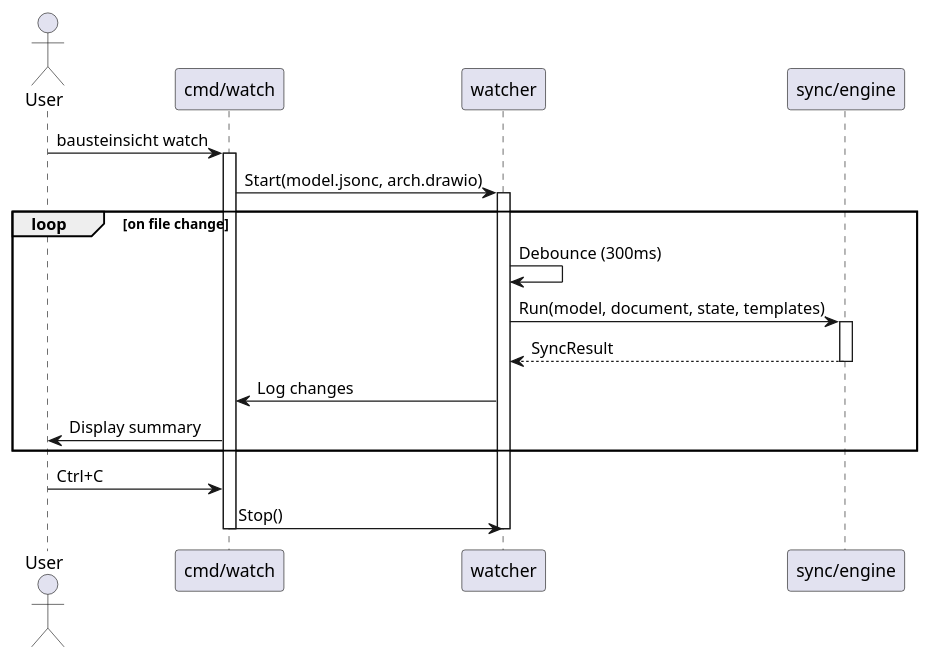
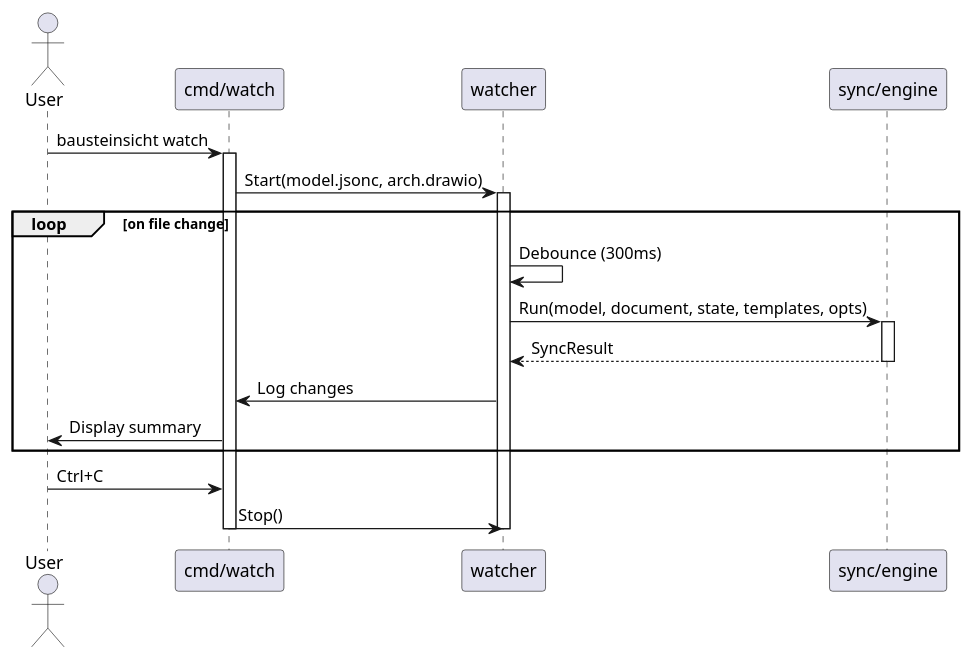
Before and after one commit to docToolchain/Bausteinsicht: the second of 4 diagrams in src/docs/arc42/chapters/06_runtime_view.adoc, drawn with PlantUML. The commit also changed other lines of this file and 14 other files, not shown here.

First line of the commit message:
docs: enhance README with JTBD, update sequence diagrams and context

```diff
--- a/src/docs/arc42/chapters/06_runtime_view.adoc
+++ b/src/docs/arc42/chapters/06_runtime_view.adoc
@@ -101,33 +103,33 @@
 [plantuml, runtime-watch, png]
 ....
 @startuml
 skinparam shadowing false
 
 actor User
 participant "cmd/watch" as cmd
 participant "watcher" as w
 participant "sync/engine" as engine
 
 User -> cmd : bausteinsicht watch
 activate cmd
 
 cmd -> w : Start(model.jsonc, arch.drawio)
 activate w
 
 loop on file change
   w -> w : Debounce (300ms)
-  w -> engine : Run(model, document, state, templates)
+  w -> engine : Run(model, document, state, templates, opts)
   activate engine
   engine --> w : SyncResult
   deactivate engine
   w -> cmd : Log changes
   cmd -> User : Display summary
 end
 
 User -> cmd : Ctrl+C
 cmd -> w : Stop()
 deactivate w
 deactivate cmd
 
 @enduml
 ....
```
